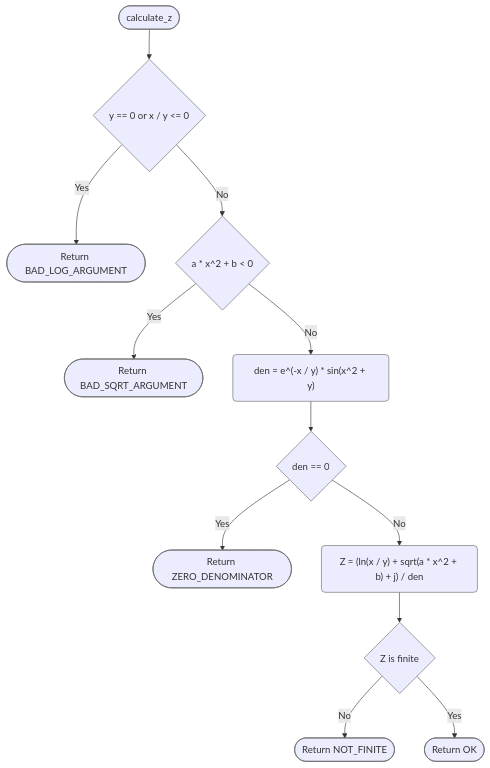
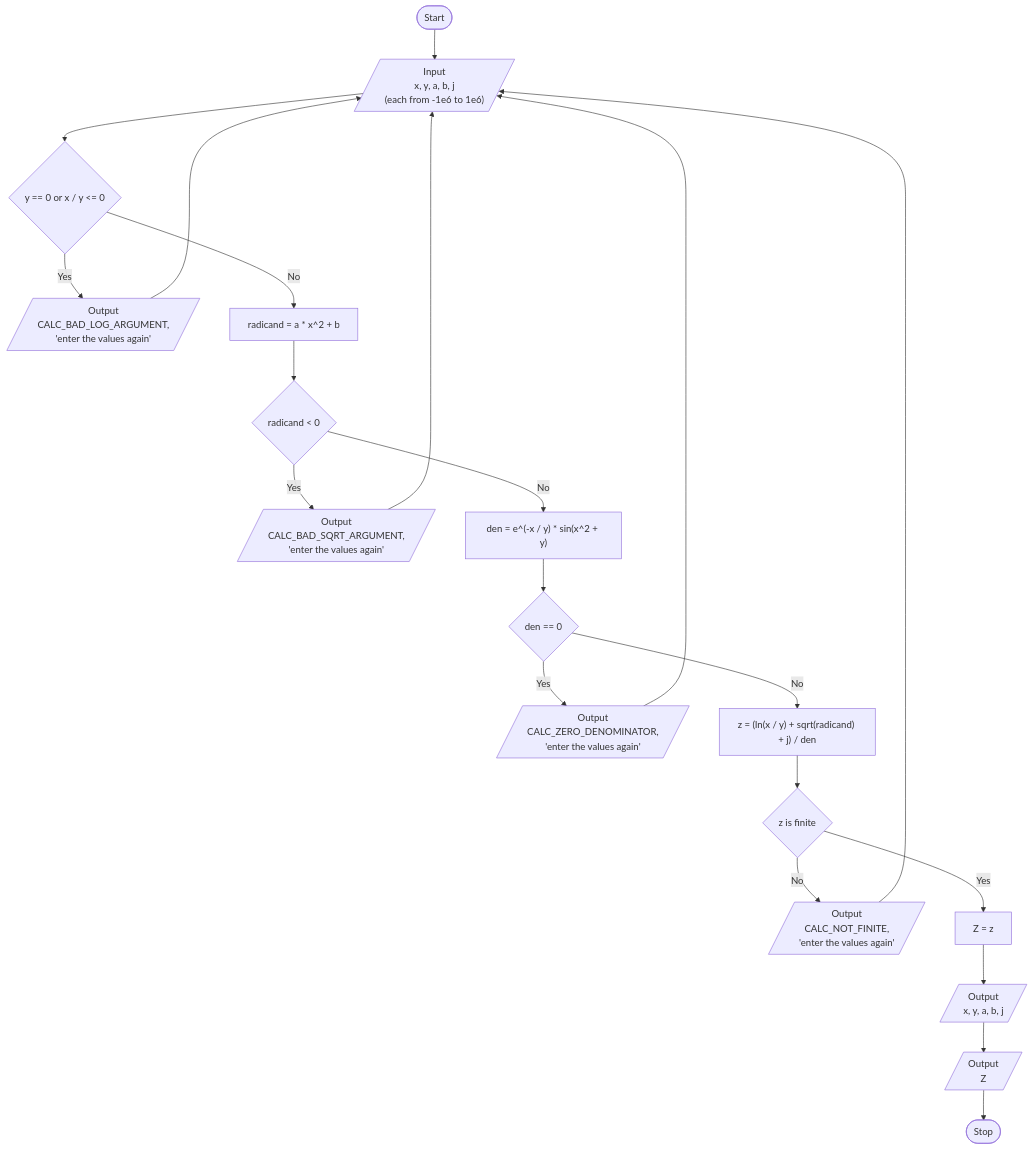
The fourth of 4 diagrams in lab_06/README.md (nykonhrytsyshyn/khnu-prog-labs), drawn with Mermaid before and after one commit. The commit also changed other lines of this file and 2 other files, not shown here.

Commit message:
Update flowcharts

````diff
--- a/lab_06/README.md
+++ b/lab_06/README.md
@@ -207,17 +161,28 @@
 ```mermaid
 flowchart TD
-  A(["calculate_z"]) --> B{"y == 0 or x / y <= 0"}
-  B -->|Yes| B1(["Return BAD_LOG_ARGUMENT"])
-  B -->|No| C{"a * x^2 + b < 0"}
-  C -->|Yes| C1(["Return BAD_SQRT_ARGUMENT"])
-  C -->|No| D["den = e^(-x / y) * sin(x^2 + y)"]
-  D --> E{"den == 0"}
-  E -->|Yes| E1(["Return ZERO_DENOMINATOR"])
-  E -->|No| F["Z = (ln(x / y) + sqrt(a * x^2 + b) + j) / den"]
-  F --> G{"Z is finite"}
-  G -->|No| G1(["Return NOT_FINITE"])
-  G -->|Yes| H(["Return OK"])
+    A(["Start"]) --> B[/"Input<br/>x, y, a, b, j<br/>(each from -1e6 to 1e6)"/]
+    B --> C{"y == 0 or x / y <= 0"}
+    C -->|Yes| E1[/"Output<br/>CALC_BAD_LOG_ARGUMENT,<br/>'enter the values again'"/]
+    C -->|No| D["radicand = a * x^2 + b"]
 
-  classDef stage stroke:#666,rx:6,ry:6
-  class A,B,B1,C,C1,D,E,E1,F,G,G1,H stage
+    D --> E{"radicand < 0"}
+    E -->|Yes| E2[/"Output<br/>CALC_BAD_SQRT_ARGUMENT,<br/>'enter the values again'"/]
+    E -->|No| F["den = e^(-x / y) * sin(x^2 + y)"]
+
+    F --> G{"den == 0"}
+    G -->|Yes| E3[/"Output<br/>CALC_ZERO_DENOMINATOR,<br/>'enter the values again'"/]
+    G -->|No| H["z = (ln(x / y) + sqrt(radicand) + j) / den"]
+
+    H --> I{"z is finite"}
+    I -->|No| E4[/"Output<br/>CALC_NOT_FINITE,<br/>'enter the values again'"/]
+    I -->|Yes| J["Z = z"]
+
+    E1 --> B
+    E2 --> B
+    E3 --> B
+    E4 --> B
+
+    J --> K[/"Output<br/>x, y, a, b, j"/]
+    K --> L[/"Output<br/>Z"/]
+    L --> M(["Stop"])
 ```
````
